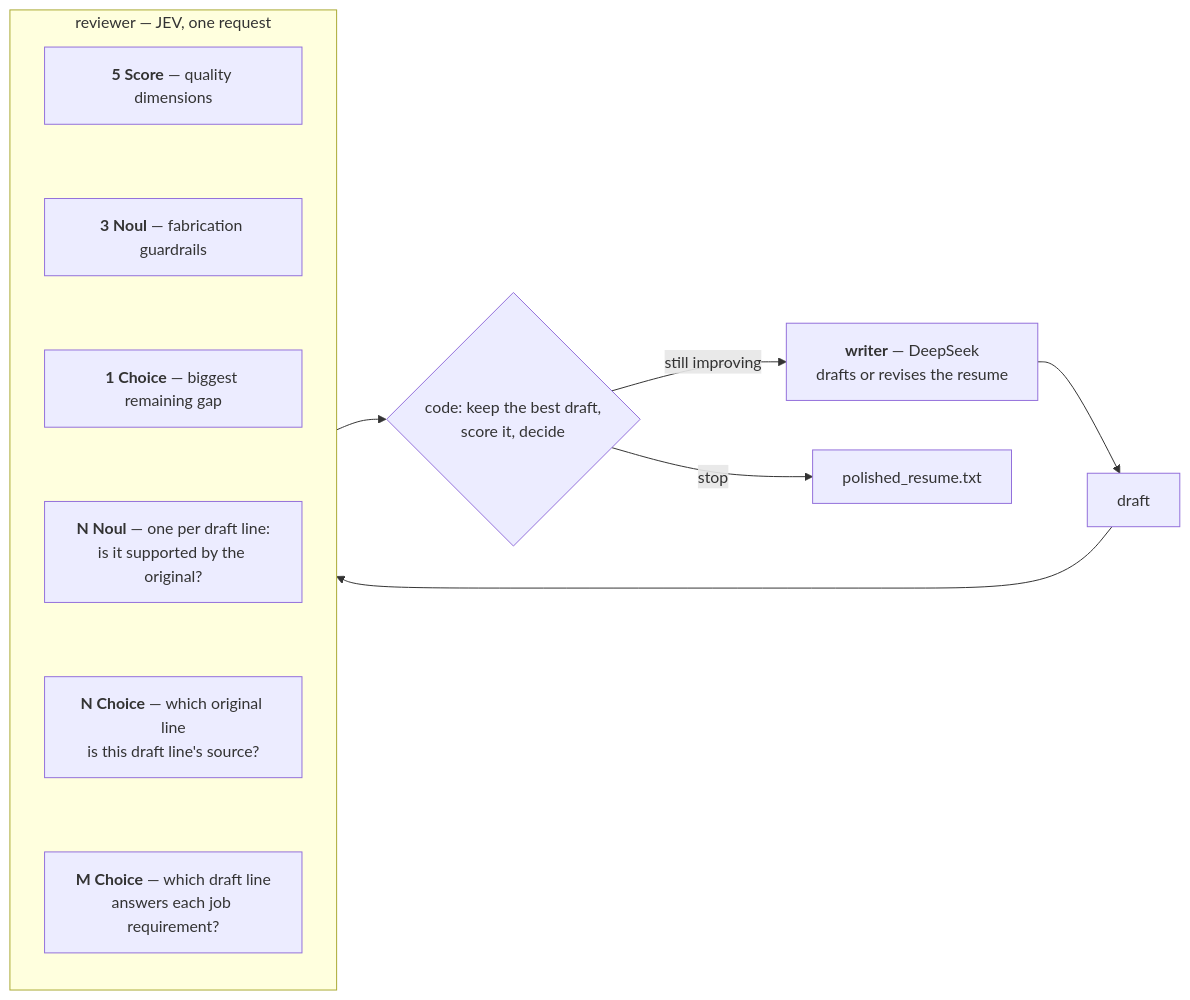
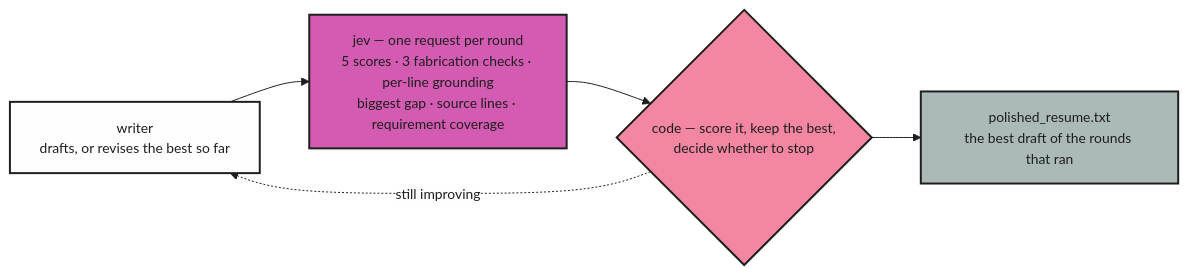
One commit to AdoCbl/JEV-RESUME-FILTER changed the diagram in README.md. Above: the diagram before and after it, drawn with Mermaid. The commit also changed other lines of this file and 10 other files, not shown here.

````diff
--- a/README.md
+++ b/README.md
@@ -20,18 +102,17 @@
 ```mermaid
+%%{init: {'theme':'base','themeVariables':{'fontSize':'14px','primaryColor':'#fefefe','primaryTextColor':'#1e1e1e','primaryBorderColor':'#1e1e1e','lineColor':'#1e1e1e','tertiaryColor':'#f3f1ef','edgeLabelBackground':'#fefefe'}}}%%
 flowchart LR
-    W["<b>writer</b> — DeepSeek<br/>drafts or revises the resume"] --> D["draft"]
-    D --> R
-    subgraph R["reviewer — JEV, one request"]
-        direction TB
-        S["<b>5 Score</b> — quality dimensions"]
-        N["<b>3 Noul</b> — fabrication guardrails"]
-        C["<b>1 Choice</b> — biggest remaining gap"]
-        L["<b>N Noul</b> — one per draft line:<br/>is it supported by the original?"]
-        E["<b>N Choice</b> — which original line<br/>is this draft line's source?"]
-        V["<b>M Choice</b> — which draft line<br/>answers each job requirement?"]
-        S ~~~ N ~~~ C ~~~ L ~~~ E ~~~ V
-    end
-    R --> K{"code: keep the best draft,<br/>score it, decide"}
-    K -- "still improving" --> W
-    K -- "stop" --> O["polished_resume.txt"]
+    W["writer<br/>drafts, or revises the best so far"] --> R["jev — one request per round<br/>5 scores · 3 fabrication checks · per-line grounding<br/>biggest gap · source lines · requirement coverage"]
+    R --> K{"code — score it, keep the best,<br/>decide whether to stop"}
+    K -. "still improving" .-> W
+    K --> O["polished_resume.txt<br/>the best draft of the rounds that ran"]
+
+    classDef writer fill:#fefefe,stroke:#1e1e1e,stroke-width:2px,color:#1e1e1e
+    classDef reviewer fill:#d45bb2,stroke:#1e1e1e,stroke-width:2px,color:#1e1e1e
+    classDef decide fill:#f386a1,stroke:#1e1e1e,stroke-width:2px,color:#1e1e1e
+    classDef output fill:#abbab9,stroke:#1e1e1e,stroke-width:2px,color:#1e1e1e
+    class W writer
+    class R reviewer
+    class K decide
+    class O output
 ```
````
